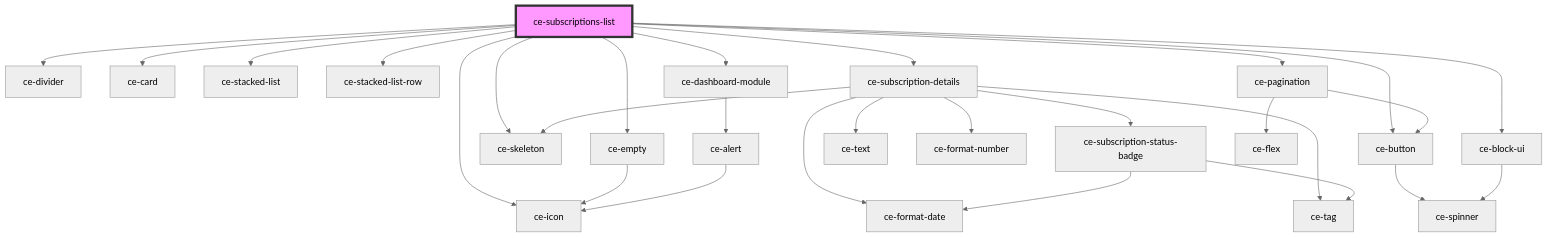
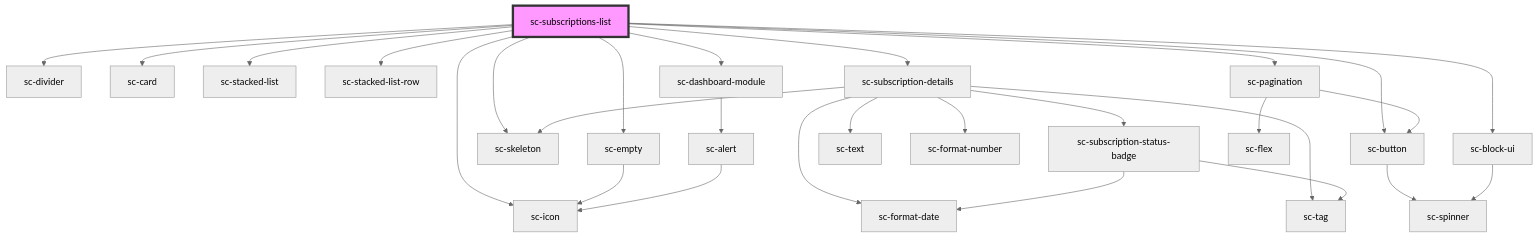
One commit to surecart/surecart-wp-plugin changed the diagram in packages/components/src/components/controllers/dashboard/subscriptions-list/readme.md. Above: the diagram before and after it, drawn with Mermaid (neutral theme). The commit also changed other lines of this file and 1281 other files, not shown here.

````diff
--- a/packages/components/src/components/controllers/dashboard/subscriptions-list/readme.md
+++ b/packages/components/src/components/controllers/dashboard/subscriptions-list/readme.md
@@ -36,31 +36,31 @@
 ```mermaid
 graph TD;
-  ce-subscriptions-list --> ce-divider
-  ce-subscriptions-list --> ce-empty
-  ce-subscriptions-list --> ce-card
-  ce-subscriptions-list --> ce-stacked-list
-  ce-subscriptions-list --> ce-stacked-list-row
-  ce-subscriptions-list --> ce-skeleton
-  ce-subscriptions-list --> ce-subscription-details
-  ce-subscriptions-list --> ce-icon
-  ce-subscriptions-list --> ce-dashboard-module
-  ce-subscriptions-list --> ce-button
-  ce-subscriptions-list --> ce-pagination
-  ce-subscriptions-list --> ce-block-ui
-  ce-empty --> ce-icon
-  ce-subscription-details --> ce-subscription-status-badge
-  ce-subscription-details --> ce-format-date
-  ce-subscription-details --> ce-skeleton
-  ce-subscription-details --> ce-text
-  ce-subscription-details --> ce-tag
-  ce-subscription-details --> ce-format-number
-  ce-subscription-status-badge --> ce-format-date
-  ce-subscription-status-badge --> ce-tag
-  ce-dashboard-module --> ce-alert
-  ce-alert --> ce-icon
-  ce-button --> ce-spinner
-  ce-pagination --> ce-flex
-  ce-pagination --> ce-button
-  ce-block-ui --> ce-spinner
-  style ce-subscriptions-list fill:#f9f,stroke:#333,stroke-width:4px
+  sc-subscriptions-list --> sc-divider
+  sc-subscriptions-list --> sc-empty
+  sc-subscriptions-list --> sc-card
+  sc-subscriptions-list --> sc-stacked-list
+  sc-subscriptions-list --> sc-stacked-list-row
+  sc-subscriptions-list --> sc-skeleton
+  sc-subscriptions-list --> sc-subscription-details
+  sc-subscriptions-list --> sc-icon
+  sc-subscriptions-list --> sc-dashboard-module
+  sc-subscriptions-list --> sc-button
+  sc-subscriptions-list --> sc-pagination
+  sc-subscriptions-list --> sc-block-ui
+  sc-empty --> sc-icon
+  sc-subscription-details --> sc-subscription-status-badge
+  sc-subscription-details --> sc-format-date
+  sc-subscription-details --> sc-skeleton
+  sc-subscription-details --> sc-text
+  sc-subscription-details --> sc-tag
+  sc-subscription-details --> sc-format-number
+  sc-subscription-status-badge --> sc-format-date
+  sc-subscription-status-badge --> sc-tag
+  sc-dashboard-module --> sc-alert
+  sc-alert --> sc-icon
+  sc-button --> sc-spinner
+  sc-pagination --> sc-flex
+  sc-pagination --> sc-button
+  sc-block-ui --> sc-spinner
+  style sc-subscriptions-list fill:#f9f,stroke:#333,stroke-width:4px
 ```
````
